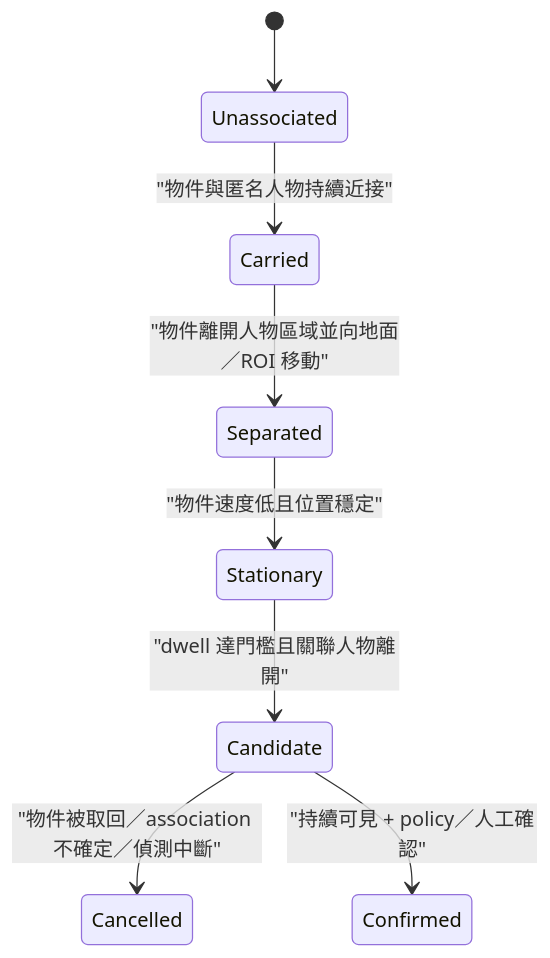
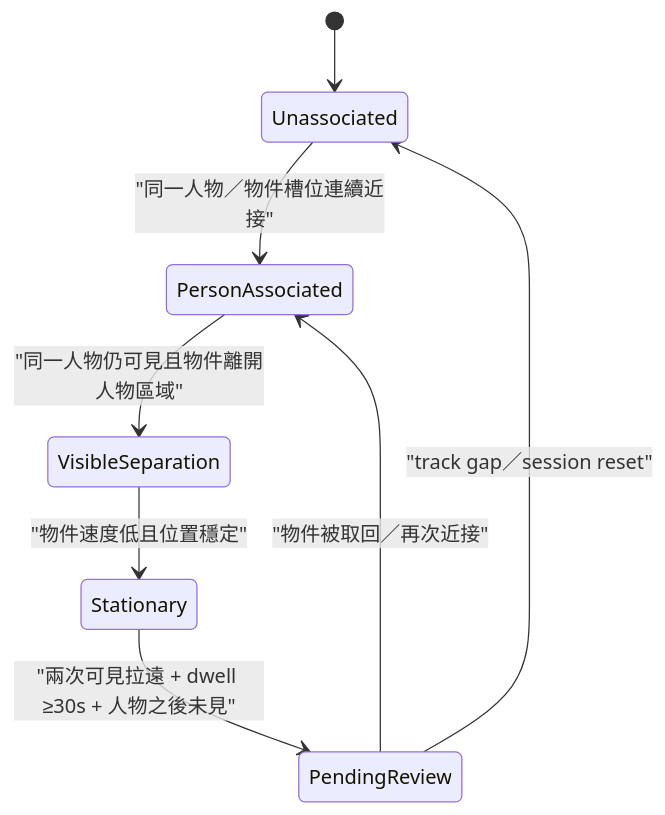
Before and after one commit to TingFengChou/claustrum: the second of 2 diagrams in docs/design/events/SD.md, drawn with Mermaid. The commit also changed other lines of this file and 15 other files, not shown here.

````diff
--- a/docs/design/events/SD.md
+++ b/docs/design/events/SD.md
@@ -69,10 +69,10 @@
 ```mermaid
 stateDiagram-v2
   [*] --> Unassociated
-  Unassociated --> Carried: "物件與匿名人物持續近接"
-  Carried --> Separated: "物件離開人物區域並向地面／ROI 移動"
-  Separated --> Stationary: "物件速度低且位置穩定"
-  Stationary --> Candidate: "dwell 達門檻且關聯人物離開"
-  Candidate --> Cancelled: "物件被取回／association 不確定／偵測中斷"
-  Candidate --> Confirmed: "持續可見 + policy／人工確認"
+  Unassociated --> PersonAssociated: "同一人物／物件槽位連續近接"
+  PersonAssociated --> VisibleSeparation: "同一人物仍可見且物件離開人物區域"
+  VisibleSeparation --> Stationary: "物件速度低且位置穩定"
+  Stationary --> PendingReview: "兩次可見拉遠 + dwell ≥30s + 人物之後未見"
+  PendingReview --> PersonAssociated: "物件被取回／再次近接"
+  PendingReview --> Unassociated: "track gap／session reset"
 ```
````
